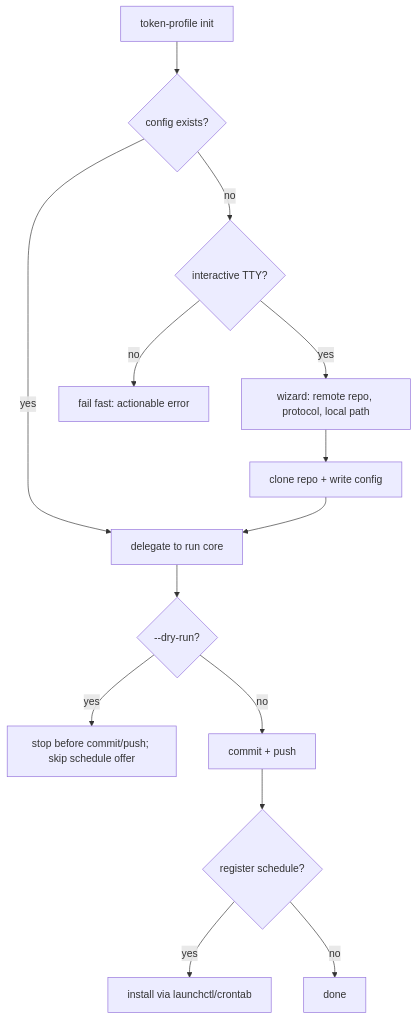
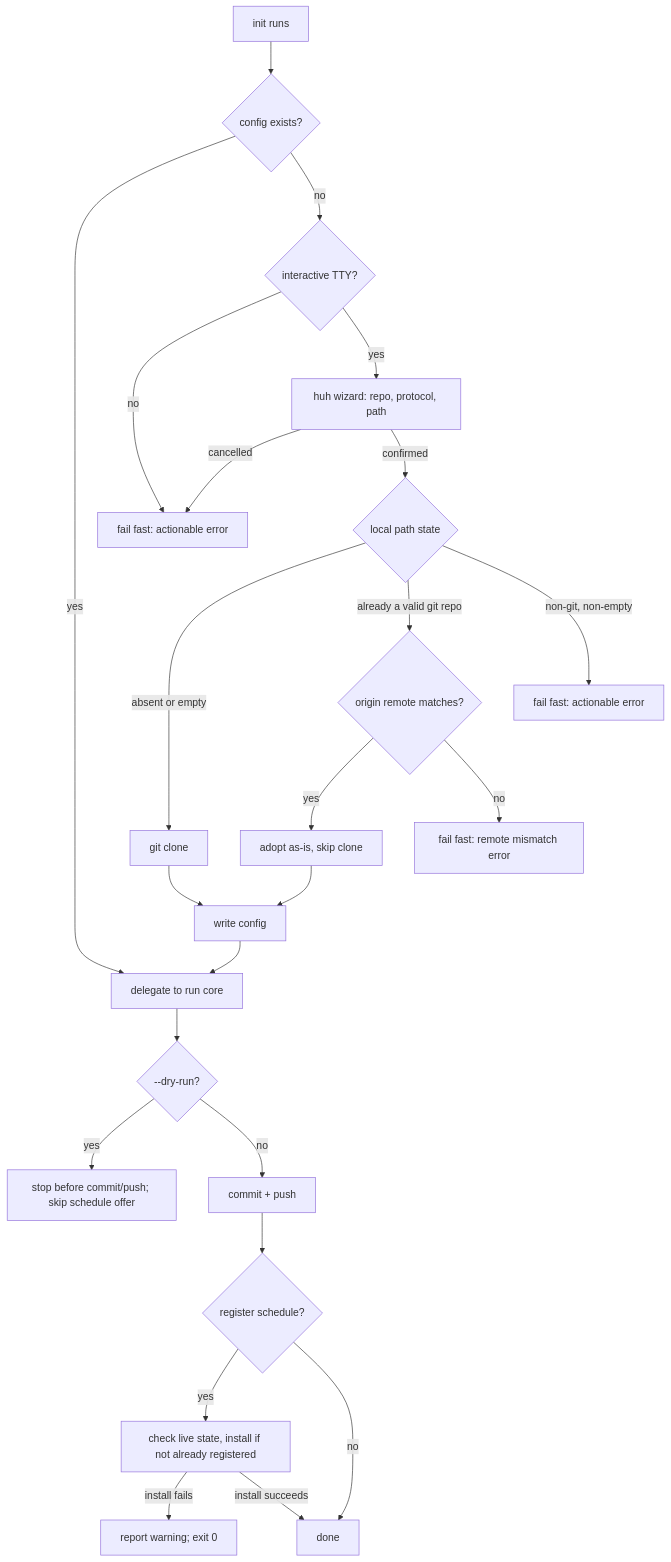
The first of 2 diagrams in docs/plans/2026-07-07-001-feat-guided-setup-teardown-plan.md (Christophe1997/token-profile), drawn with Mermaid before and after one commit. The commit also changed other lines of this file, not shown here.

First line of the commit message:
docs(plans): harden guided setup & teardown plan via doc review

````diff
--- a/docs/plans/2026-07-07-001-feat-guided-setup-teardown-plan.md
+++ b/docs/plans/2026-07-07-001-feat-guided-setup-teardown-plan.md
@@ -51,16 +159,26 @@
 ```mermaid
 flowchart TB
-  A[token-profile init] --> B{config exists?}
+  A[init runs] --> B{config exists?}
   B -->|yes| C[delegate to run core]
   B -->|no| D{interactive TTY?}
   D -->|no| E[fail fast: actionable error]
-  D -->|yes| F[wizard: remote repo, protocol, local path]
-  F --> G[clone repo + write config]
-  G --> C
-  C --> H{--dry-run?}
-  H -->|yes| I[stop before commit/push; skip schedule offer]
-  H -->|no| J[commit + push]
-  J --> K{register schedule?}
-  K -->|yes| L[install via launchctl/crontab]
-  K -->|no| M[done]
+  D -->|yes| F[huh wizard: repo, protocol, path]
+  F -->|cancelled| E
+  F -->|confirmed| G{local path state}
+  G -->|absent or empty| H[git clone]
+  G -->|already a valid git repo| G2{origin remote matches?}
+  G2 -->|yes| I[adopt as-is, skip clone]
+  G2 -->|no| J2[fail fast: remote mismatch error]
+  G -->|non-git, non-empty| J[fail fast: actionable error]
+  H --> K[write config]
+  I --> K
+  K --> C
+  C --> L{--dry-run?}
+  L -->|yes| M[stop before commit/push; skip schedule offer]
+  L -->|no| N[commit + push]
+  N --> O{register schedule?}
+  O -->|yes| P[check live state, install if not already registered]
+  P -->|install fails| P2[report warning; exit 0]
+  P -->|install succeeds| Q[done]
+  O -->|no| Q
 ```
````
